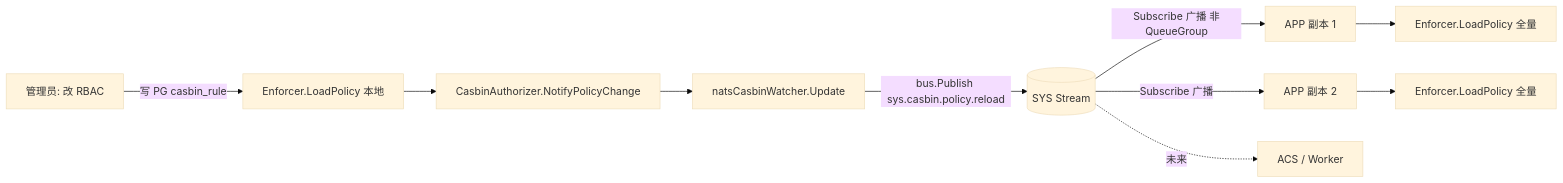
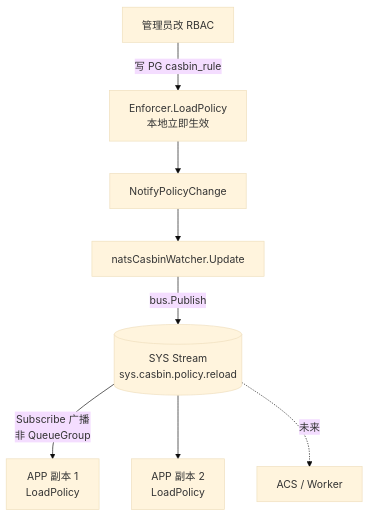
One commit to bixinhaner/xomc changed diagram 13 of 15 in docs/消息队列全流程流转说明书.md. Above: the diagram before and after it, drawn with Mermaid (base theme). The commit also changed other lines of this file, not shown here.

First line of the commit message:
docs(mq): 优化《消息队列全流程流转说明书》Mermaid 图的可视化宽度

````diff
--- a/docs/消息队列全流程流转说明书.md
+++ b/docs/消息队列全流程流转说明书.md
@@ -491,12 +499,10 @@
 ```mermaid
-flowchart LR
-    ADMIN[管理员: 改 RBAC] -->|写 PG casbin_rule| ENF[Enforcer.LoadPolicy 本地]
-    ENF --> NOTIFY[CasbinAuthorizer.NotifyPolicyChange]
+flowchart TB
+    ADMIN[管理员改 RBAC] -- 写 PG casbin_rule --> ENF[Enforcer.LoadPolicy<br/>本地立即生效]
+    ENF --> NOTIFY[NotifyPolicyChange]
     NOTIFY --> WATCH[natsCasbinWatcher.Update]
-    WATCH -->|bus.Publish sys.casbin.policy.reload| NATS[(SYS Stream)]
-    NATS -->|Subscribe 广播 非QueueGroup| R1[APP 副本 1]
-    NATS -->|Subscribe 广播| R2[APP 副本 2]
-    NATS -.未来.-> R3[ACS / Worker]
-    R1 --> L1[Enforcer.LoadPolicy 全量]
-    R2 --> L2[Enforcer.LoadPolicy 全量]
+    WATCH -- bus.Publish --> NATS[(SYS Stream<br/>sys.casbin.policy.reload)]
+    NATS -- Subscribe 广播<br/>非 QueueGroup --> R1[APP 副本 1<br/>LoadPolicy]
+    NATS --> R2[APP 副本 2<br/>LoadPolicy]
+    NATS -. 未来 .-> R3[ACS / Worker]
 ```
````
